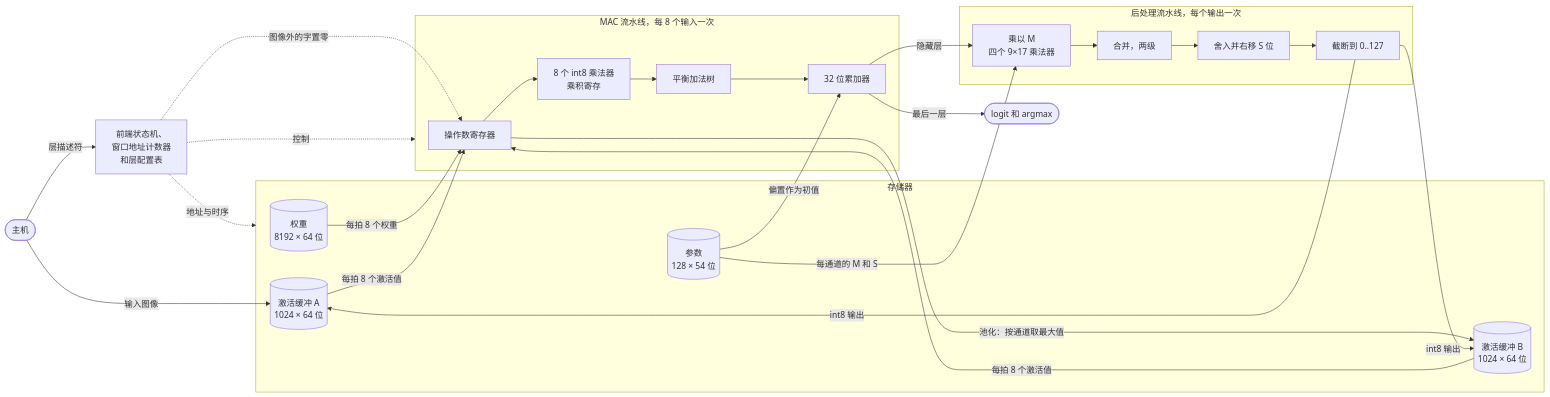
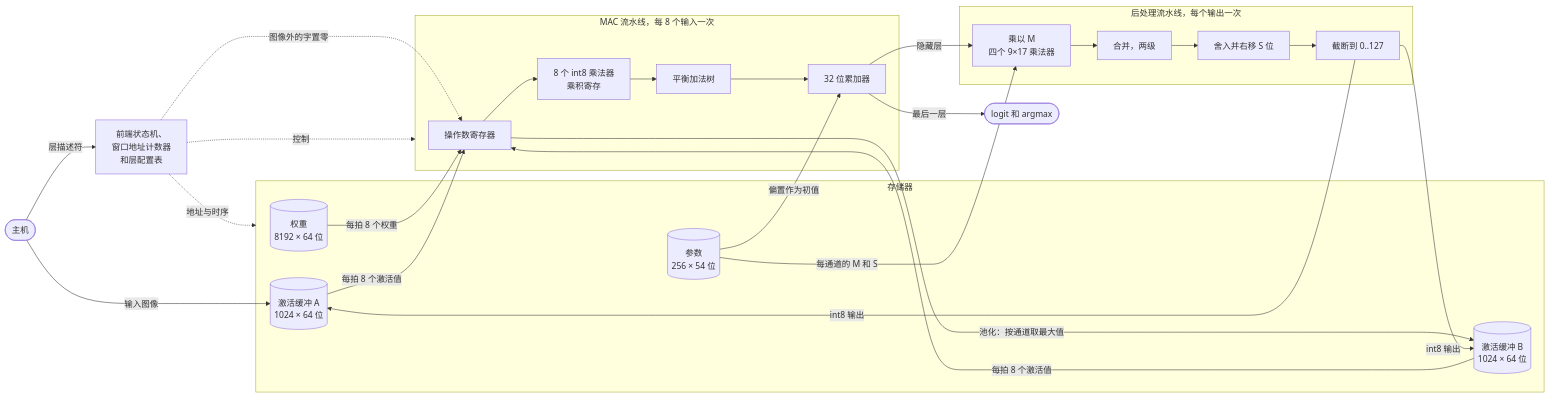
The diagram in README.zh-CN.md (lai3d/suanpan), drawn with Mermaid before and after one commit. The commit also changed other lines of this file and 13 other files, not shown here.

````diff
--- a/README.zh-CN.md
+++ b/README.zh-CN.md
@@ -109,46 +141,46 @@
 ```mermaid
 flowchart LR
     host([主机])
 
     subgraph mem[存储器]
         wmem[(权重<br/>8192 × 64 位)]
-        bmem[(参数<br/>128 × 54 位)]
+        bmem[(参数<br/>256 × 54 位)]
         bufa[(激活缓冲 A<br/>1024 × 64 位)]
         bufb[(激活缓冲 B<br/>1024 × 64 位)]
     end
 
     subgraph mac[MAC 流水线，每 8 个输入一次]
         reg0[操作数寄存器]
         mul[8 个 int8 乘法器<br/>乘积寄存]
         tree[平衡加法树]
         acc[32 位累加器]
         reg0 --> mul --> tree --> acc
     end
 
     subgraph rq[后处理流水线，每个输出一次]
         hmul[乘以 M<br/>四个 9×17 乘法器]
         comb[合并，两级]
         rnd[舍入并右移 S 位]
         clamp[截断到 0..127]
         hmul --> comb --> rnd --> clamp
     end
 
     ctrl[前端状态机、<br/>窗口地址计数器<br/>和层配置表]
     out([logit 和 argmax])
 
     host -- 输入图像 --> bufa
     host -- 层描述符 --> ctrl
     wmem -- 每拍 8 个权重 --> reg0
     bufa -- 每拍 8 个激活值 --> reg0
     bufb -- 每拍 8 个激活值 --> reg0
     bmem -- 偏置作为初值 --> acc
     bmem -- 每通道的 M 和 S --> hmul
     reg0 -- 池化：按通道取最大值 --> bufb
     acc -- 隐藏层 --> hmul
     clamp -- int8 输出 --> bufb
     clamp -- int8 输出 --> bufa
     acc -- 最后一层 --> out
     ctrl -. 地址与时序 .-> mem
     ctrl -. 控制 .-> mac
     ctrl -. 图像外的字置零 .-> reg0
 ```
````
